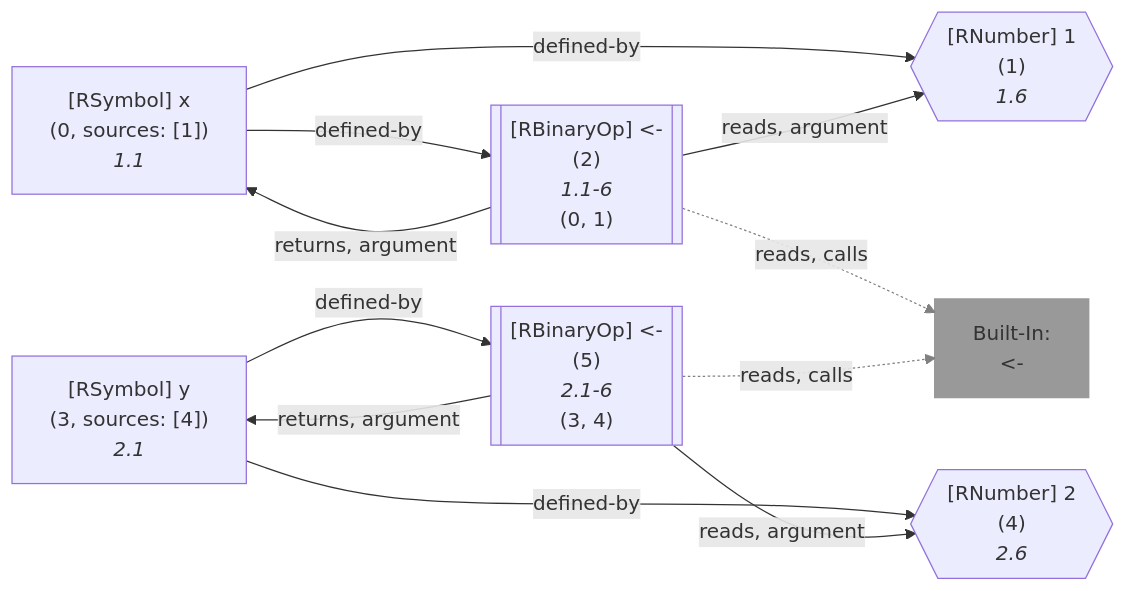
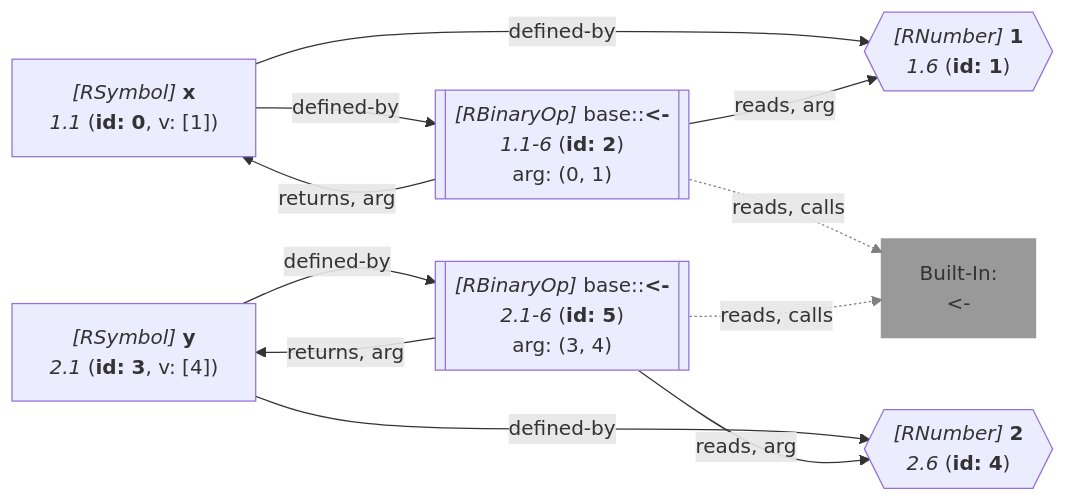
Diagram 11 of 21 in wiki/Query API.md (flowr-analysis/flowr), drawn with Mermaid before and after one commit. The commit also changed other lines of this file and 228 other files, not shown here.

````diff
--- a/wiki/Query API.md
+++ b/wiki/Query API.md
@@ -4201,40 +4142,34 @@
 ```mermaid
 flowchart LR
-    1{{"`#91;RNumber#93; 1
-      (1)
-      *1.6*`"}}
+    1{{"`*#91;RNumber#93;* **1**
+      *1.6* (**id: 1**)`"}}
    %% No edges found for 1
-    0["`#91;RSymbol#93; x
-      (0, sources: [1])
-      *1.1*`"]
-    2[["`#91;RBinaryOp#93; #60;#45;
-      (2)
-      *1.1-6*
-    (0, 1)`"]]
+    0["`*#91;RSymbol#93;* **x**
+      *1.1* (**id: 0**, v: [1])`"]
+    2[["`*#91;RBinaryOp#93;* base#58;#58;**#60;#45;**
+      *1.1-6* (**id: 2**)
+    arg: (0, 1)`"]]
     built-in:_-["`Built-In:
 #60;#45;`"]
     style built-in:_- stroke:gray,fill:gray,stroke-width:2px,opacity:.8;
-    4{{"`#91;RNumber#93; 2
-      (4)
-      *2.6*`"}}
+    4{{"`*#91;RNumber#93;* **2**
+      *2.6* (**id: 4**)`"}}
    %% No edges found for 4
-    3["`#91;RSymbol#93; y
-      (3, sources: [4])
-      *2.1*`"]
-    5[["`#91;RBinaryOp#93; #60;#45;
-      (5)
-      *2.1-6*
-    (3, 4)`"]]
+    3["`*#91;RSymbol#93;* **y**
+      *2.1* (**id: 3**, v: [4])`"]
+    5[["`*#91;RBinaryOp#93;* base#58;#58;**#60;#45;**
+      *2.1-6* (**id: 5**)
+    arg: (3, 4)`"]]
     0 -->|"defined-by"| 1
     0 -->|"defined-by"| 2
-    2 -->|"reads, argument"| 1
-    2 -->|"returns, argument"| 0
+    2 -->|"reads, arg"| 1
+    2 -->|"returns, arg"| 0
     2 -.->|"reads, calls"| built-in:_-
     linkStyle 4 stroke:gray;
     3 -->|"defined-by"| 4
     3 -->|"defined-by"| 5
-    5 -->|"reads, argument"| 4
-    5 -->|"returns, argument"| 3
+    5 -->|"reads, arg"| 4
+    5 -->|"returns, arg"| 3
     5 -.->|"reads, calls"| built-in:_-
     linkStyle 9 stroke:gray;
 ```
````
